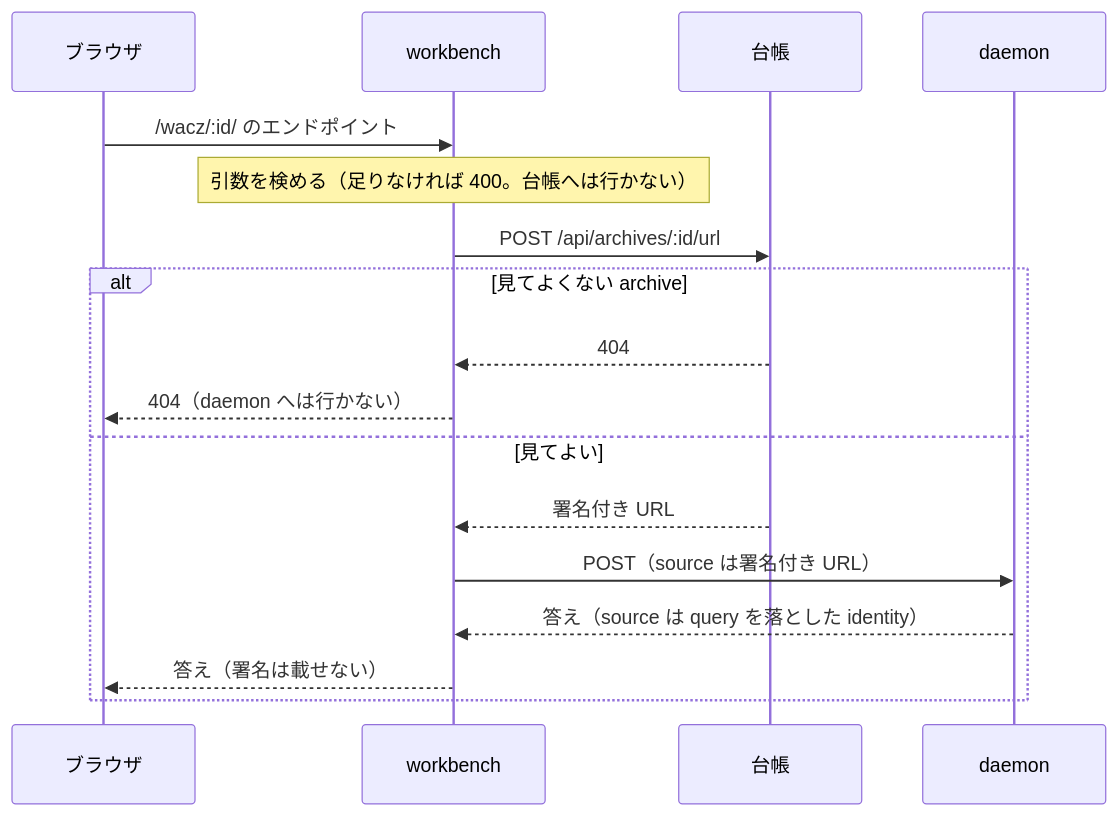
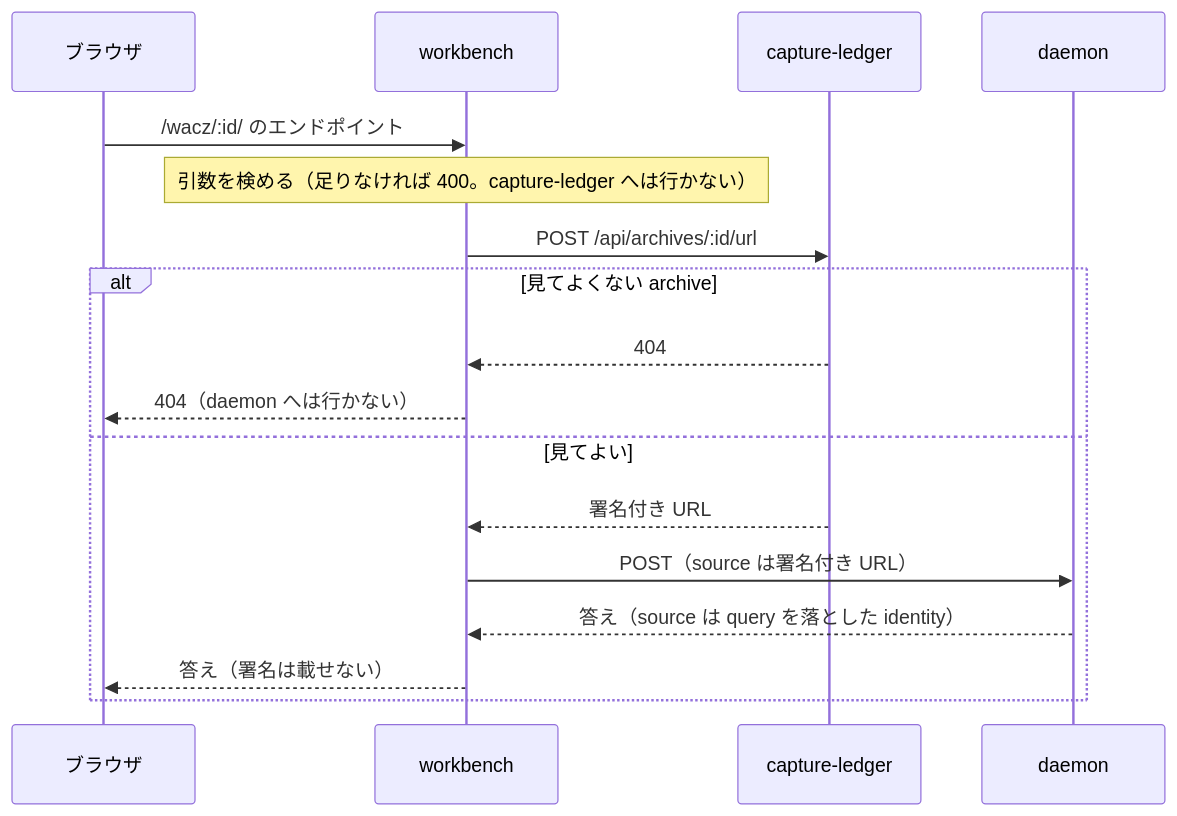
Before and after one commit to uraitakahito/capture-workbench: the diagram in docs-site/src/content/docs/ja/wacz.md, drawn with Mermaid. The commit also changed other lines of this file and 56 other files, not shown here.

First line of the commit message:
chore: 「台帳」を意味ごとに capture-ledger・登録済みのスクリプトと書き、check:terms で見張る（CAPTURE-186） (#93)

````diff
--- a/docs-site/src/content/docs/ja/wacz.md
+++ b/docs-site/src/content/docs/ja/wacz.md
@@ -13,19 +13,19 @@
 ```mermaid
 sequenceDiagram
   participant B as ブラウザ
   participant D as workbench
-  participant L as 台帳
+  participant L as capture-ledger
   participant V as daemon
   B->>D: /wacz/:id/ のエンドポイント
-  Note over D: 引数を検める（足りなければ 400。台帳へは行かない）
+  Note over D: 引数を検める（足りなければ 400。capture-ledger へは行かない）
   D->>L: POST /api/archives/:id/url
   alt 見てよくない archive
     L-->>D: 404
     D-->>B: 404（daemon へは行かない）
   else 見てよい
     L-->>D: 署名付き URL
     D->>V: POST（source は署名付き URL）
     V-->>D: 答え（source は query を落とした identity）
     D-->>B: 答え（署名は載せない）
   end
 ```
````
